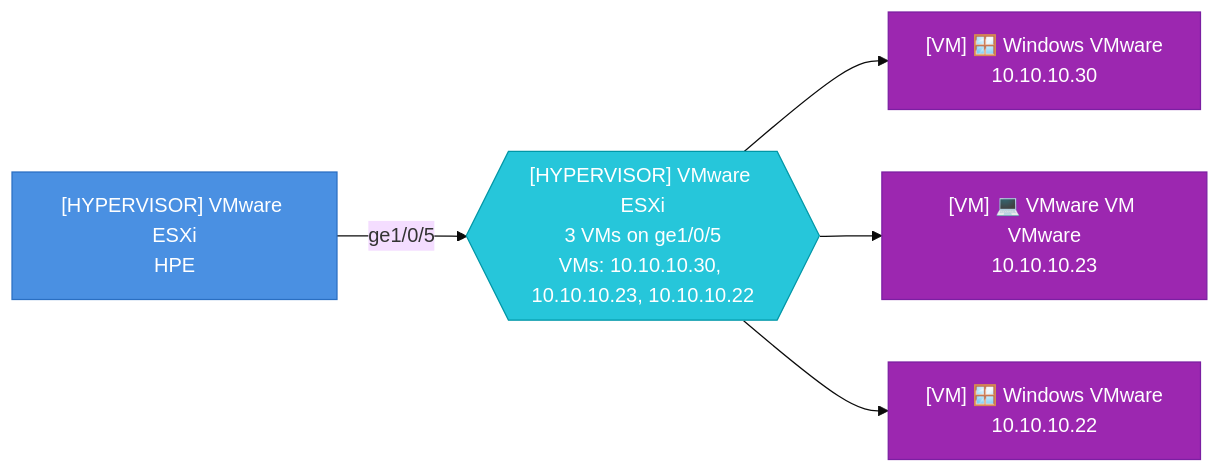
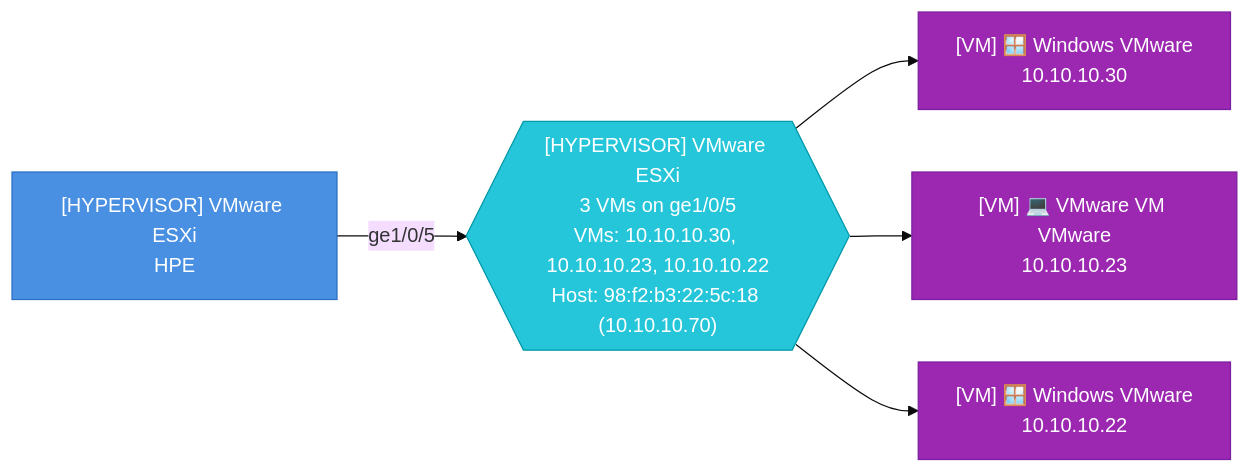
Before and after one commit to djamic/LLDP-Skanner-Go: diagram 33 of 35 in testdata/golden/report_esxi_sections.md, drawn with Mermaid (base theme). The commit also changed other lines of this file and 2 other files, not shown here.

First line of the commit message:
F73: one hypervisor diagram per hypervisor port; only vNIC links are VMs

````diff
--- a/testdata/golden/report_esxi_sections.md
+++ b/testdata/golden/report_esxi_sections.md
@@ -910,17 +831,17 @@
 ```mermaid
 graph LR
-  hyp_4caea3277eca_ge1_0_5{{"[HYPERVISOR] VMware ESXi<br>3 VMs on ge1/0/5<br>VMs: 10.10.10.30, 10.10.10.23, 10.10.10.22"}}
+  hyp_4caea3277eca_ge1_0_5{{"[HYPERVISOR] VMware ESXi<br>3 VMs on ge1/0/5<br>VMs: 10.10.10.30, 10.10.10.23, 10.10.10.22<br>Host: 98:f2:b3:22:5c:18 (10.10.10.70)"}}
   4caea3277eca["[HYPERVISOR] VMware ESXi<br>HPE"]
   4caea3277eca-- "ge1/0/5" -->hyp_4caea3277eca_ge1_0_5
   style 4caea3277eca fill:#4A90E2,stroke:#2A6FC2,color:#fff
   000c2914e3ea["[VM] 🪟 Windows VMware<br>10.10.10.30"]
   hyp_4caea3277eca_ge1_0_5-->000c2914e3ea
   style 000c2914e3ea fill:#9C27B0,stroke:#7B1FA2,color:#fff
   000c294ceb58["[VM] 💻 VMware VM VMware<br>10.10.10.23"]
   hyp_4caea3277eca_ge1_0_5-->000c294ceb58
   style 000c294ceb58 fill:#9C27B0,stroke:#7B1FA2,color:#fff
   000c29f6812a["[VM] 🪟 Windows VMware<br>10.10.10.22"]
   hyp_4caea3277eca_ge1_0_5-->000c29f6812a
   style 000c29f6812a fill:#9C27B0,stroke:#7B1FA2,color:#fff
   style hyp_4caea3277eca_ge1_0_5 fill:#26C6DA,stroke:#0097A7,color:#fff
 ```
````
